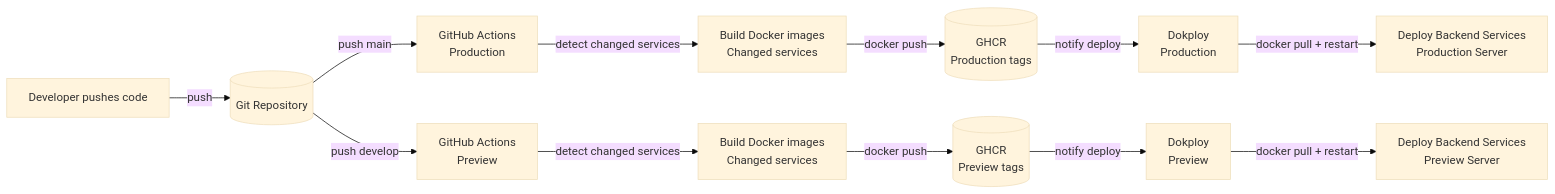
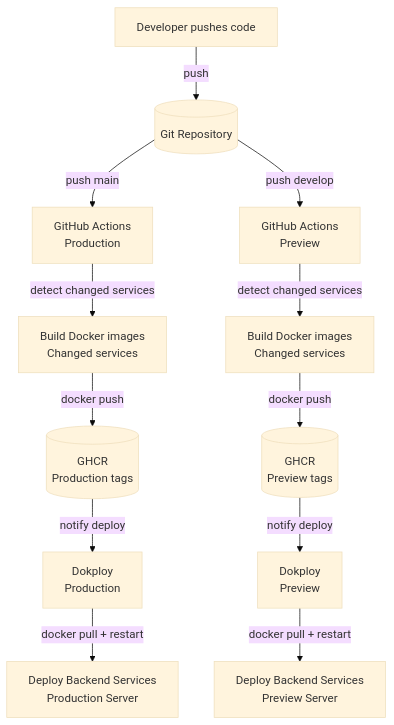
The diagram in docs/Deployment/backend.md (constellation-story/docs), drawn with Mermaid (base theme) before and after one commit. The commit also changed 1 other file, not shown here.

Commit message:
Docs: Deployment: diagram use TD instead of LR

````diff
--- a/docs/Deployment/backend.md
+++ b/docs/Deployment/backend.md
@@ -13,19 +13,19 @@
 ```mermaid
-flowchart LR
+flowchart TD
     Dev[Developer pushes code] -->|push| Repo[(Git Repository)]
 
     Repo -->|push main| GHAProd[GitHub Actions<br/>Production]
     Repo -->|push develop| GHAPreview[GitHub Actions<br/>Preview]
 
     GHAProd -->|detect changed services| BuildProd[Build Docker images<br/>Changed services]
     GHAPreview -->|detect changed services| BuildPreview[Build Docker images<br/>Changed services]
 
     BuildProd -->|docker push| GHCRProd[(GHCR<br/>Production tags)]
     BuildPreview -->|docker push| GHCRPreview[(GHCR<br/>Preview tags)]
 
     GHCRProd -->|notify deploy| DokployProd[Dokploy<br/>Production]
     GHCRPreview -->|notify deploy| DokployPreview[Dokploy<br/>Preview]
 
     DokployProd -->|docker pull + restart| DeployProd[Deploy Backend Services<br/>Production Server]
     DokployPreview -->|docker pull + restart| DeployPreview[Deploy Backend Services<br/>Preview Server]
 ```
````
